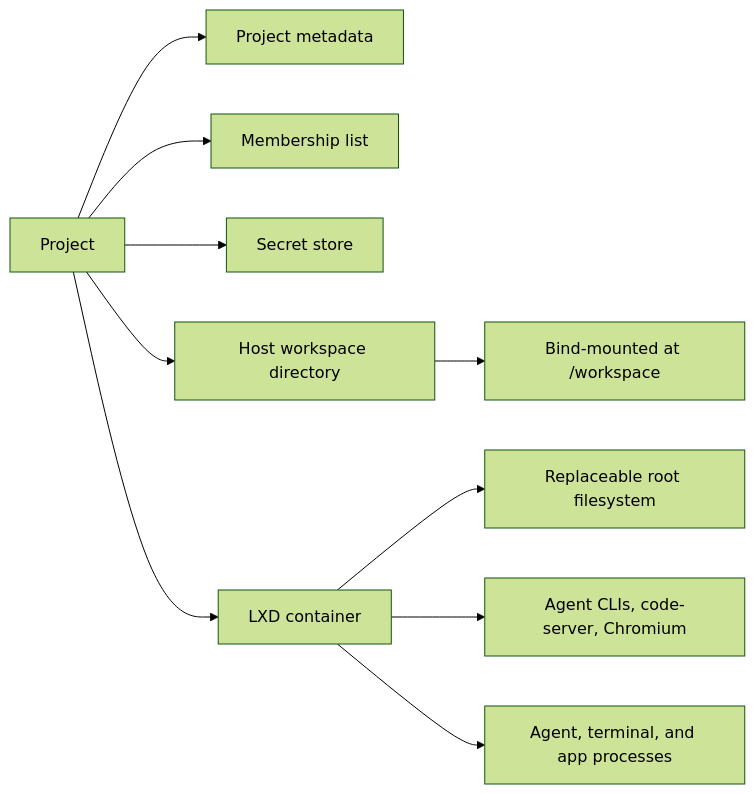
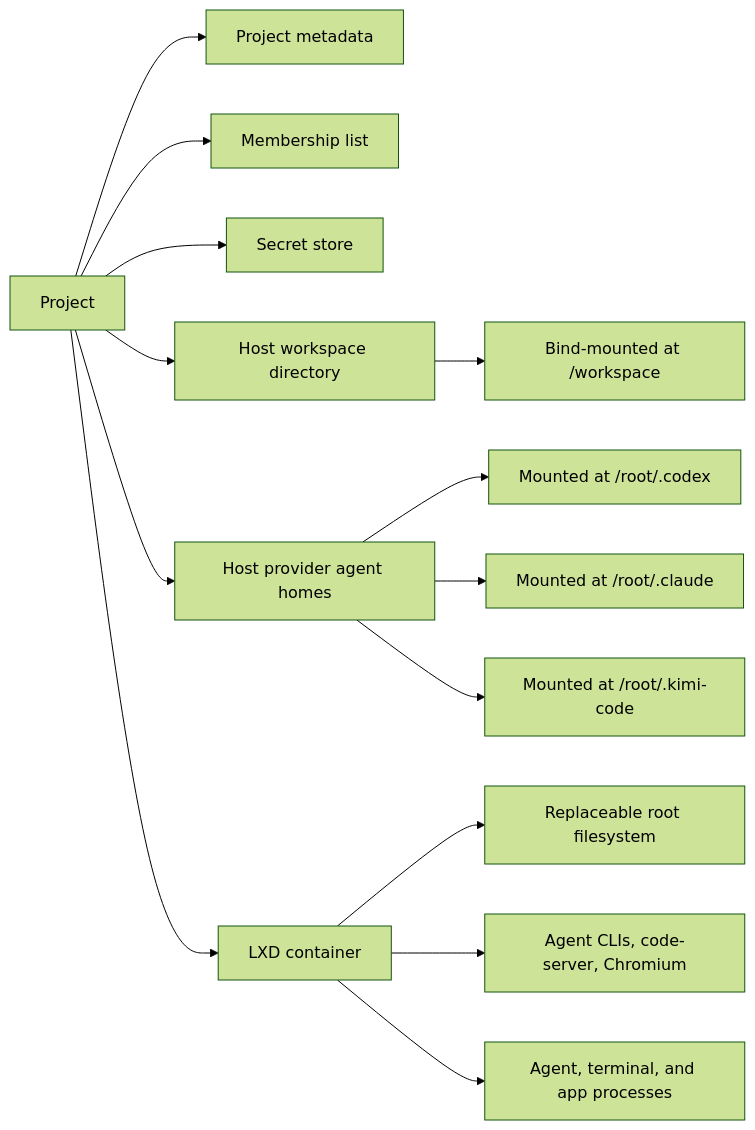
Before and after one commit to AbdallahMohamedDotnet/remote.futrx: the second of 5 diagrams in docs/02-workspaces/03-projects-and-containers.md, drawn with Mermaid (forest theme). The commit also changed other lines of this file and 100 other files, not shown here.

````diff
--- a/docs/02-workspaces/03-projects-and-containers.md
+++ b/docs/02-workspaces/03-projects-and-containers.md
@@ -32,13 +32,17 @@
 ```mermaid
 flowchart LR
     Project["Project"] --> Meta["Project metadata"]
     Project --> Access["Membership list"]
     Project --> Secrets["Secret store"]
     Project --> Workspace["Host workspace directory"]
+    Project --> Homes["Host provider agent homes"]
     Project --> Container["LXD container"]
 
     Workspace --> Mount["Bind-mounted at /workspace"]
+    Homes --> Codex["Mounted at /root/.codex"]
+    Homes --> Claude["Mounted at /root/.claude"]
+    Homes --> Kimi["Mounted at /root/.kimi-code"]
     Container --> RootFS["Replaceable root filesystem"]
     Container --> Tools["Agent CLIs, code-server, Chromium"]
     Container --> Processes["Agent, terminal, and app processes"]
 ```
````
